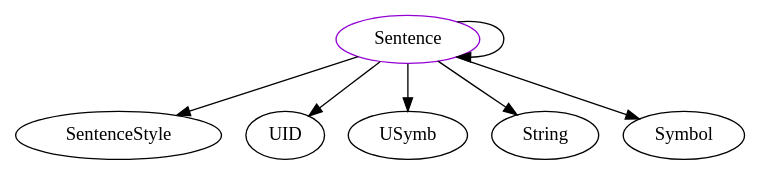
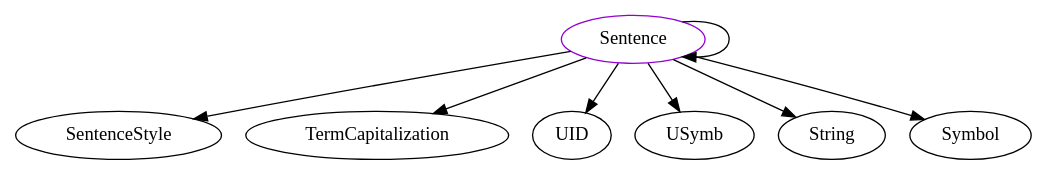
One commit to JacquesCarette/Drasil changed the diagram in analysis/TypeDependencyGraphs/lang/Sentence.dot. Above: the diagram before and after it, drawn with Graphviz. The commit also changed 468 other files, not shown here.

```diff
--- a/analysis/TypeDependencyGraphs/lang/Sentence.dot
+++ b/analysis/TypeDependencyGraphs/lang/Sentence.dot
@@ -1,9 +1,10 @@
 digraph sentence{
 Sentence -> SentenceStyle;
+Sentence -> TermCapitalization;
 Sentence -> UID;
 Sentence -> Sentence;
 Sentence -> USymb;
 Sentence -> String;
 Sentence -> Symbol;
 Sentence	[shape=oval, color=darkviolet, label=Sentence];
 }
```
